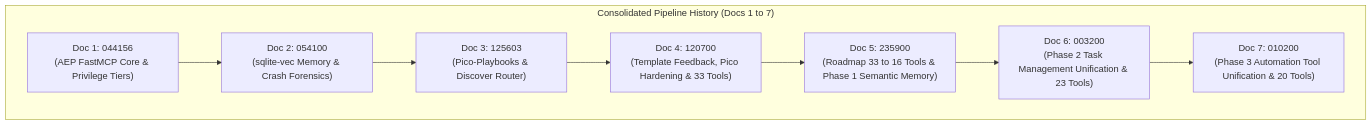
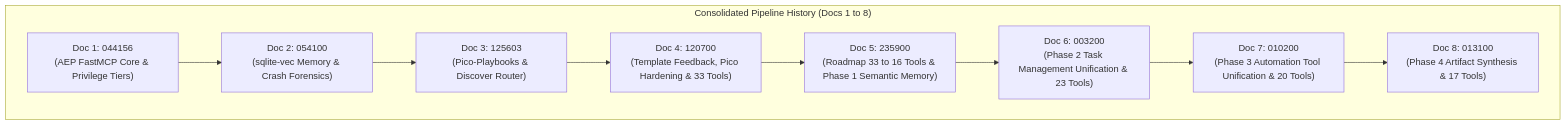
Before and after one commit to ancrz/agent-execution-plane: the diagram in docs/pipeline/feature_rollup.md, drawn with Mermaid. The commit also changed other lines of this file and 6 other files, not shown here.

Commit message:
docs(state): record phase 4 artifact_synthesis consolidation and 17-tool baseline

````diff
--- a/docs/pipeline/feature_rollup.md
+++ b/docs/pipeline/feature_rollup.md
@@ -15,15 +15,16 @@
 ```mermaid
 flowchart LR
-    subgraph RollupChain["Consolidated Pipeline History (Docs 1 to 7)"]
+    subgraph RollupChain["Consolidated Pipeline History (Docs 1 to 8)"]
         direction LR
         D1["Doc 1: 044156<br/>(AEP FastMCP Core & Privilege Tiers)"]
         D2["Doc 2: 054100<br/>(sqlite-vec Memory & Crash Forensics)"]
         D3["Doc 3: 125603<br/>(Pico-Playbooks & Discover Router)"]
         D4["Doc 4: 120700<br/>(Template Feedback, Pico Hardening & 33 Tools)"]
         D5["Doc 5: 235900<br/>(Roadmap 33 to 16 Tools & Phase 1 Semantic Memory)"]
         D6["Doc 6: 003200<br/>(Phase 2 Task Management Unification & 23 Tools)"]
         D7["Doc 7: 010200<br/>(Phase 3 Automation Tool Unification & 20 Tools)"]
+        D8["Doc 8: 013100<br/>(Phase 4 Artifact Synthesis & 17 Tools)"]
 
-        D1 --> D2 --> D3 --> D4 --> D5 --> D6 --> D7
+        D1 --> D2 --> D3 --> D4 --> D5 --> D6 --> D7 --> D8
     end
 ```
````
